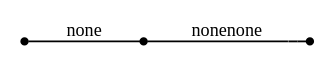
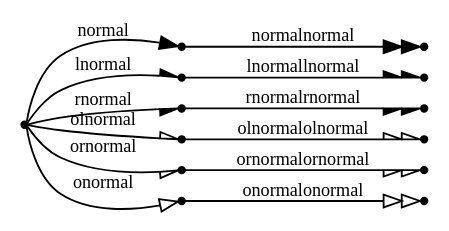
Before and after one commit to graphviz-perl/GraphViz2-Marpa-PathUtils: the diagram in out/clusters.out.08.004.gv, drawn with Graphviz. The commit also changed 50 other files, not shown here.

```diff
--- a/out/clusters.out.08.004.gv
+++ b/out/clusters.out.08.004.gv
@@ -1,9 +1,19 @@
 digraph G
 {
 	graph[rankdir = "LR" nodesep = "0"]
 	node[shape = "point" label = ""]
 	edge[fontsize = "10"]
-	_none -> none[arrowhead = "none" label = "none"]
-	none -> nonenone[arrowhead = "nonenone" label = "nonenone"]
+	_normal -> normal[arrowhead = "normal" label = "normal"]
+	normal -> normalnormal[arrowhead = "normalnormal" label = "normalnormal"]
+	_normal -> lnormal[arrowhead = "lnormal" label = "lnormal"]
+	lnormal -> lnormallnormal[arrowhead = "lnormallnormal" label = "lnormallnormal"]
+	_normal -> rnormal[arrowhead = "rnormal" label = "rnormal"]
+	rnormal -> rnormalrnormal[arrowhead = "rnormalrnormal" label = "rnormalrnormal"]
+	_normal -> olnormal[arrowhead = "olnormal" label = "olnormal"]
+	olnormal -> olnormalolnormal[arrowhead = "olnormalolnormal" label = "olnormalolnormal"]
+	_normal -> ornormal[arrowhead = "ornormal" label = "ornormal"]
+	ornormal -> ornormalornormal[arrowhead = "ornormalornormal" label = "ornormalornormal"]
+	_normal -> onormal[arrowhead = "onormal" label = "onormal"]
+	onormal -> onormalonormal[arrowhead = "onormalonormal" label = "onormalonormal"]
 
 }
```
